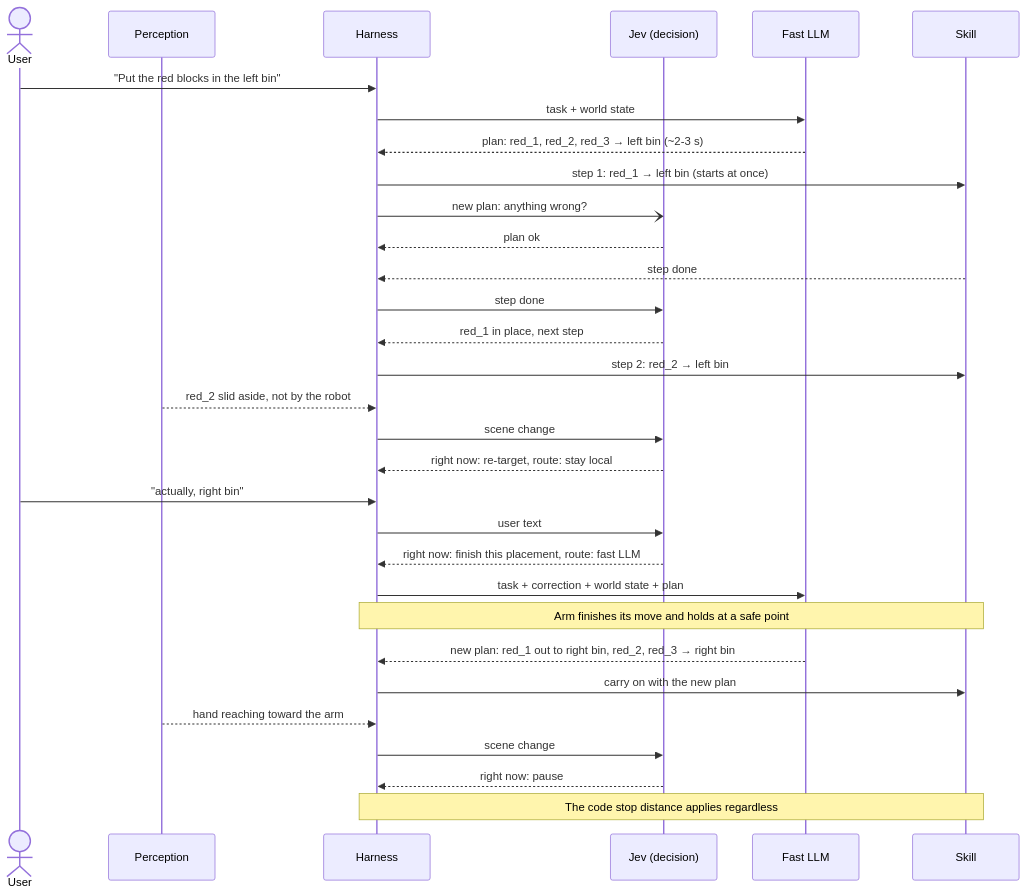
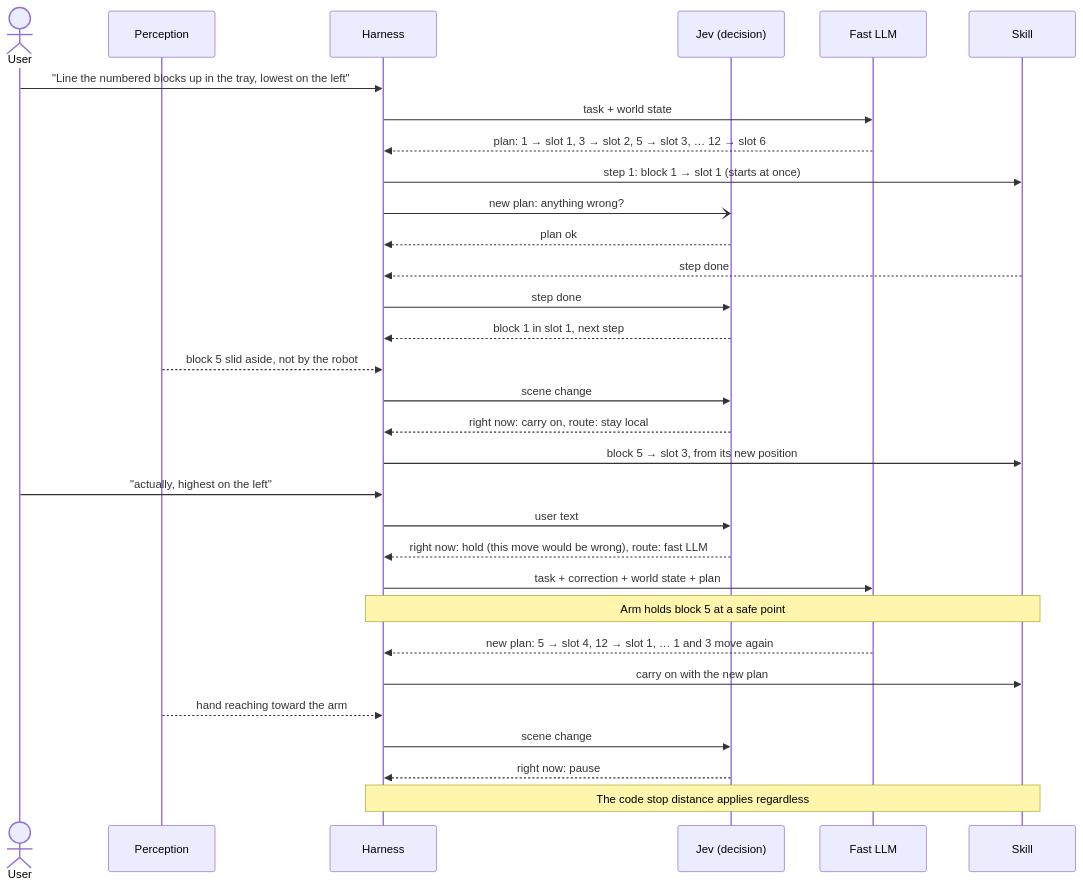
The third of 7 diagrams in docs/v2-diagrams.md (alee792/robojev), drawn with Mermaid before and after one commit. The commit also changed other lines of this file and 2 other files, not shown here.

First line of the commit message:
v2: standalone rewrite (principles state the system, sorting example, Jev decides carry on or hold during a replan, terms at the bottom, deferred and open questions updated); spike results move to docs/spike-outcomes.md; diagrams follow the sorting example

````diff
--- a/docs/v2-diagrams.md
+++ b/docs/v2-diagrams.md
@@ -82,34 +83,34 @@
 ```mermaid
 sequenceDiagram
     actor U as User
     participant W as Perception
     participant H as Harness
     participant J as Jev (decision)
     participant L as Fast LLM
     participant K as Skill
 
-    U->>H: "Put the red blocks in the left bin"
+    U->>H: "Line the numbered blocks up in the tray, lowest on the left"
     H->>L: task + world state
-    L-->>H: plan: red_1, red_2, red_3 → left bin (~2-3 s)
-    H->>K: step 1: red_1 → left bin (starts at once)
+    L-->>H: plan: 1 → slot 1, 3 → slot 2, 5 → slot 3, … 12 → slot 6
+    H->>K: step 1: block 1 → slot 1 (starts at once)
     H-)J: new plan: anything wrong?
     J-->>H: plan ok
     K-->>H: step done
     H->>J: step done
-    J-->>H: red_1 in place, next step
-    H->>K: step 2: red_2 → left bin
-    W-->>H: red_2 slid aside, not by the robot
+    J-->>H: block 1 in slot 1, next step
+    W-->>H: block 5 slid aside, not by the robot
     H->>J: scene change
-    J-->>H: right now: re-target, route: stay local
-    U->>H: "actually, right bin"
+    J-->>H: right now: carry on, route: stay local
+    H->>K: block 5 → slot 3, from its new position
+    U->>H: "actually, highest on the left"
     H->>J: user text
-    J-->>H: right now: finish this placement, route: fast LLM
+    J-->>H: right now: hold (this move would be wrong), route: fast LLM
     H->>L: task + correction + world state + plan
-    Note over H,K: Arm finishes its move and holds at a safe point
-    L-->>H: new plan: red_1 out to right bin, red_2, red_3 → right bin
+    Note over H,K: Arm holds block 5 at a safe point
+    L-->>H: new plan: 5 → slot 4, 12 → slot 1, … 1 and 3 move again
     H->>K: carry on with the new plan
     W-->>H: hand reaching toward the arm
     H->>J: scene change
     J-->>H: right now: pause
     Note over H,K: The code stop distance applies regardless
 ```
````
